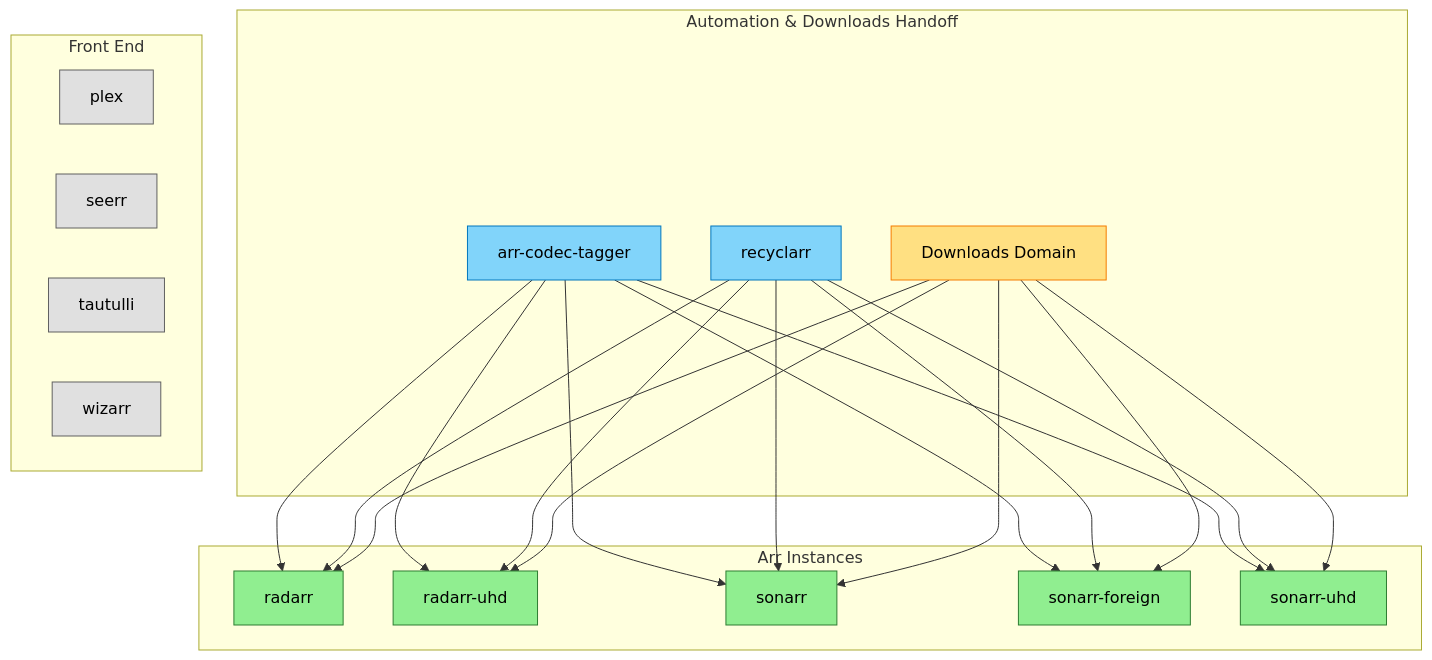
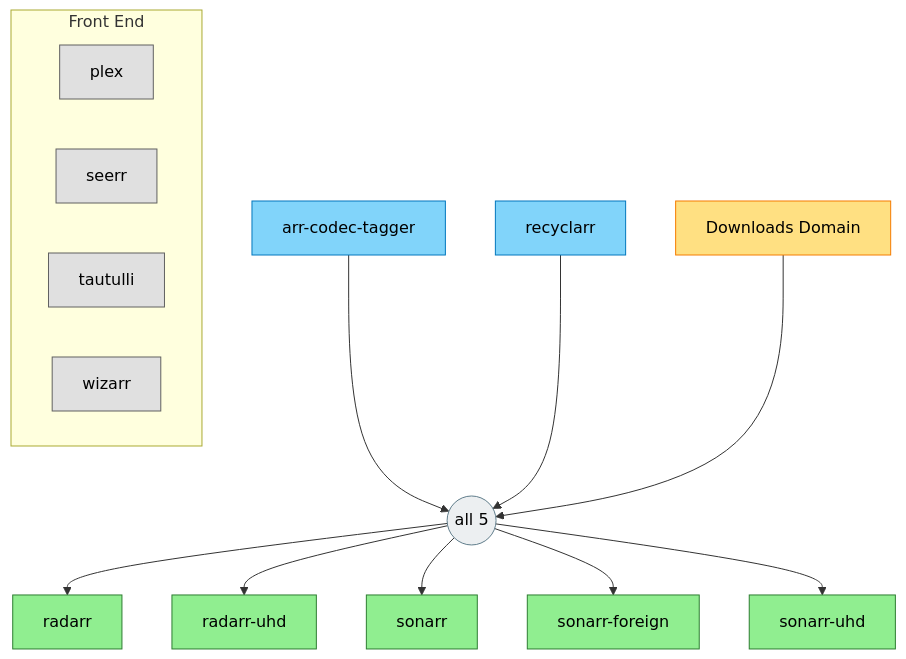
The first of 2 diagrams in docs/domains/media/context.md (gavinmcfall/home-ops), drawn with Mermaid before and after one commit. The commit also changed 6 other files, not shown here.

First line of the commit message:
fix(domains): renderer-proof diagrams + genre-tree data flow (#2570)

````diff
--- a/docs/domains/media/context.md
+++ b/docs/domains/media/context.md
@@ -34,44 +34,45 @@
 ```mermaid
 flowchart TB
-    subgraph Sources["Automation & Downloads Handoff"]
-        arr_codec_tagger["arr-codec-tagger"]
-        recyclarr["recyclarr"]
-        downloads_boundary["Downloads Domain"]
-    end
+    arr_codec_tagger["arr-codec-tagger"]
+    recyclarr["recyclarr"]
+    downloads_boundary["Downloads Domain"]
 
-    subgraph Arrs["Arr Instances"]
-        radarr["radarr"]
-        radarr_uhd["radarr-uhd"]
-        sonarr["sonarr"]
-        sonarr_foreign["sonarr-foreign"]
-        sonarr_uhd["sonarr-uhd"]
-    end
+    fanout(("all 5"))
+
+    radarr["radarr"]
+    radarr_uhd["radarr-uhd"]
+    sonarr["sonarr"]
+    sonarr_foreign["sonarr-foreign"]
+    sonarr_uhd["sonarr-uhd"]
 
     subgraph FrontEnd["Front End"]
         plex["plex"]
         seerr["seerr"]
         tautulli["tautulli"]
         wizarr["wizarr"]
     end
 
-    arr_codec_tagger --> radarr & radarr_uhd & sonarr & sonarr_foreign & sonarr_uhd
-    recyclarr --> radarr & radarr_uhd & sonarr & sonarr_foreign & sonarr_uhd
-    downloads_boundary --> radarr & radarr_uhd & sonarr & sonarr_foreign & sonarr_uhd
+    arr_codec_tagger --> fanout
+    recyclarr --> fanout
+    downloads_boundary --> fanout
+    fanout --> radarr & radarr_uhd & sonarr & sonarr_foreign & sonarr_uhd
 
     click downloads_boundary href "../downloads/context.md" "Downloads domain"
 
     classDef automation fill:#81D4FA,stroke:#0277BD,color:#000
     classDef arr fill:#90EE90,stroke:#2E7D32,color:#000
     classDef boundary fill:#FFE082,stroke:#F57C00,color:#000
     classDef frontend fill:#E0E0E0,stroke:#616161,color:#000
+    classDef junction fill:#ECEFF1,stroke:#607D8B,color:#000
 
     class arr_codec_tagger,recyclarr automation
     class radarr,radarr_uhd,sonarr,sonarr_foreign,sonarr_uhd arr
     class downloads_boundary boundary
     class plex,seerr,tautulli,wizarr frontend
+    class fanout junction
 
     %% MEANING: Media domain request/automation flow -- arr-codec-tagger and recyclarr push per-instance updates into the 5 arr instances; the downloads domain (cross-seed injection, unpackerr extraction notify -- see downloads/context.md) also feeds the same 5 arr instances
-    %% COLOR: Blue = automation, Green = arr instances, Orange = downloads-domain boundary (external link), Gray = front-end apps
-    %% GOTCHA: plex, seerr, tautulli, and wizarr have no manifest-declared edge to any other in-domain app -- arr/Plex integration for these four is configured via each app's runtime UI (Seerr's Radarr/Sonarr server settings, Tautulli's Plex server, Wizarr's Plex/Seerr integration), not exposed in any manifest, so no edge is drawn. bazarr, bazarr-foreign, and bazarr-uhd are omitted from this diagram (see the Subtitle Instances diagram below) to stay under the 12-node limit with 14 apps in the domain.
-    %% NAVIGATION: Top-to-bottom -- automation and the downloads-domain boundary both feed the arr instances; front-end apps sit apart with no manifest-modeled edges into the arr layer
+    %% COLOR: Blue = automation, Green = arr instances, Orange = downloads-domain boundary (external link), Gray = front-end apps, small gray circle = fan-out junction (not an app)
+    %% GOTCHA: the "all 5" circle is a fan-out junction, not an app -- each of the three sources above it feeds ALL five arr instances, so the 15 pairwise edges are collapsed through it for readability. plex, seerr, tautulli, and wizarr have no manifest-declared edge to any other in-domain app -- arr/Plex integration for these four is configured via each app's runtime UI (Seerr's Radarr/Sonarr server settings, Tautulli's Plex server, Wizarr's Plex/Seerr integration), not exposed in any manifest, so no edge is drawn. bazarr, bazarr-foreign, and bazarr-uhd are omitted from this diagram (see the Subtitle Instances diagram below) to stay under the 12-app-node limit with 14 apps in the domain.
+    %% NAVIGATION: Top-to-bottom -- three sources converge on the fan-out junction, which feeds the arr row (unboxed so no edge can cross a group title); front-end apps sit apart with no manifest-modeled edges into the arr layer
 ```
````
